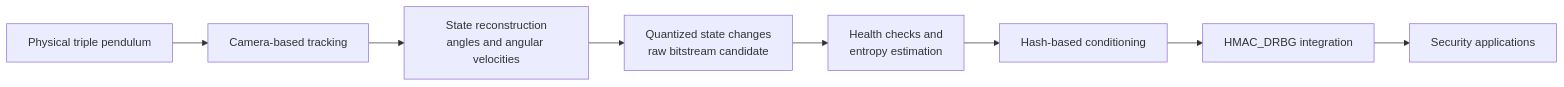
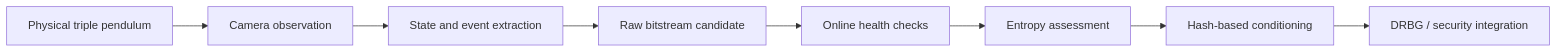
One commit to limshoon/Triple-pendulum-TRNG-System changed the diagram in README.md. Above: the diagram before and after it, drawn with Mermaid. The commit also changed other lines of this file and 4 other files, not shown here.

Commit message:
Reframe main as the triple-pendulum project hub

````diff
--- a/README.md
+++ b/README.md
@@ -20,10 +26,10 @@
 ```mermaid
 flowchart LR
-    A[Physical triple pendulum] --> B[Camera-based tracking]
-    B --> C[State reconstruction<br/>angles and angular velocities]
-    C --> D[Quantized state changes<br/>raw bitstream candidate]
-    D --> E[Health checks and<br/>entropy estimation]
-    E --> F[Hash-based conditioning]
-    F --> G[HMAC_DRBG integration]
-    G --> H[Security applications]
+    A[Physical triple pendulum] --> B[Camera observation]
+    B --> C[State and event extraction]
+    C --> D[Raw bitstream candidate]
+    D --> E[Online health checks]
+    E --> F[Entropy assessment]
+    F --> G[Hash-based conditioning]
+    G --> H[DRBG / security integration]
 ```
````
